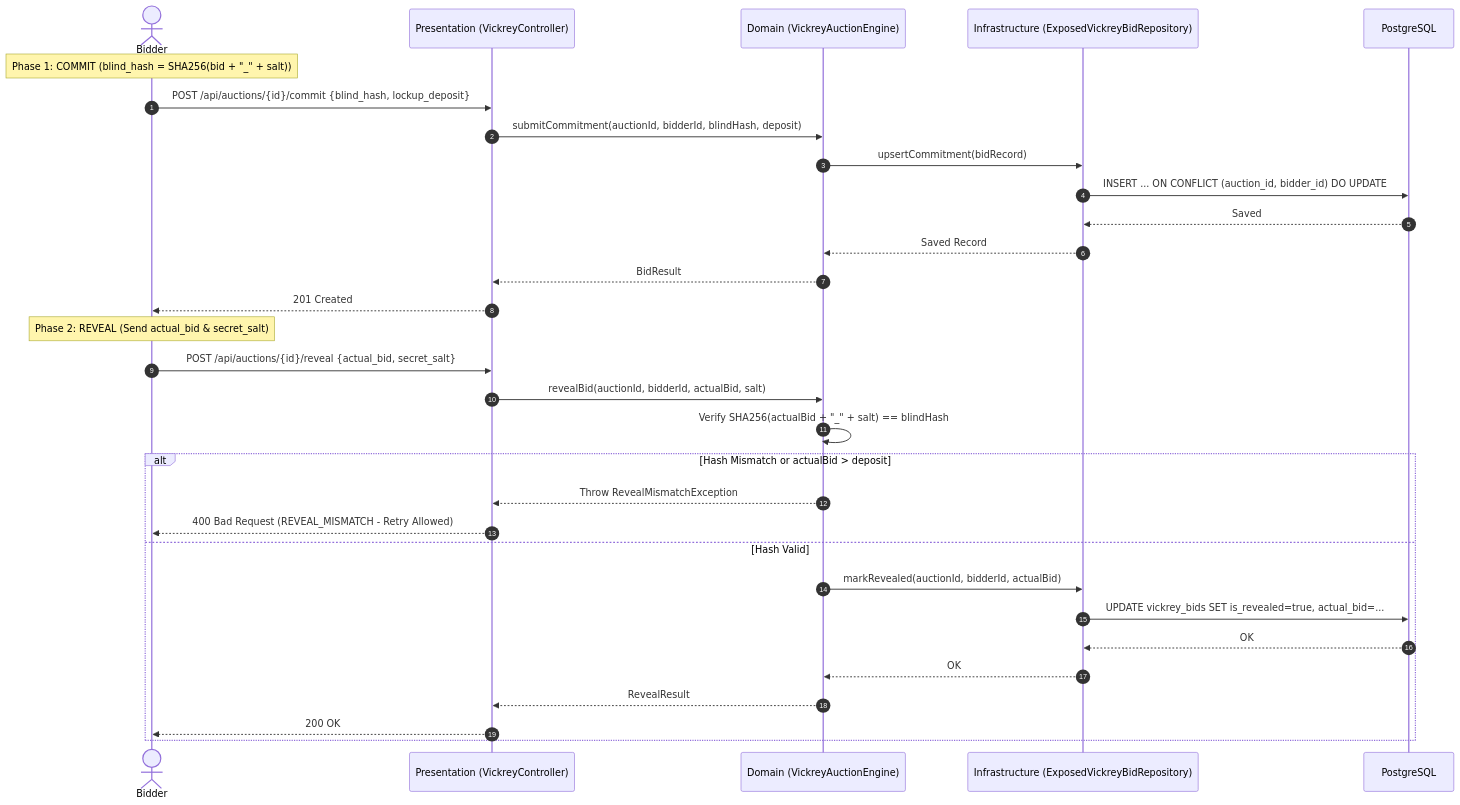
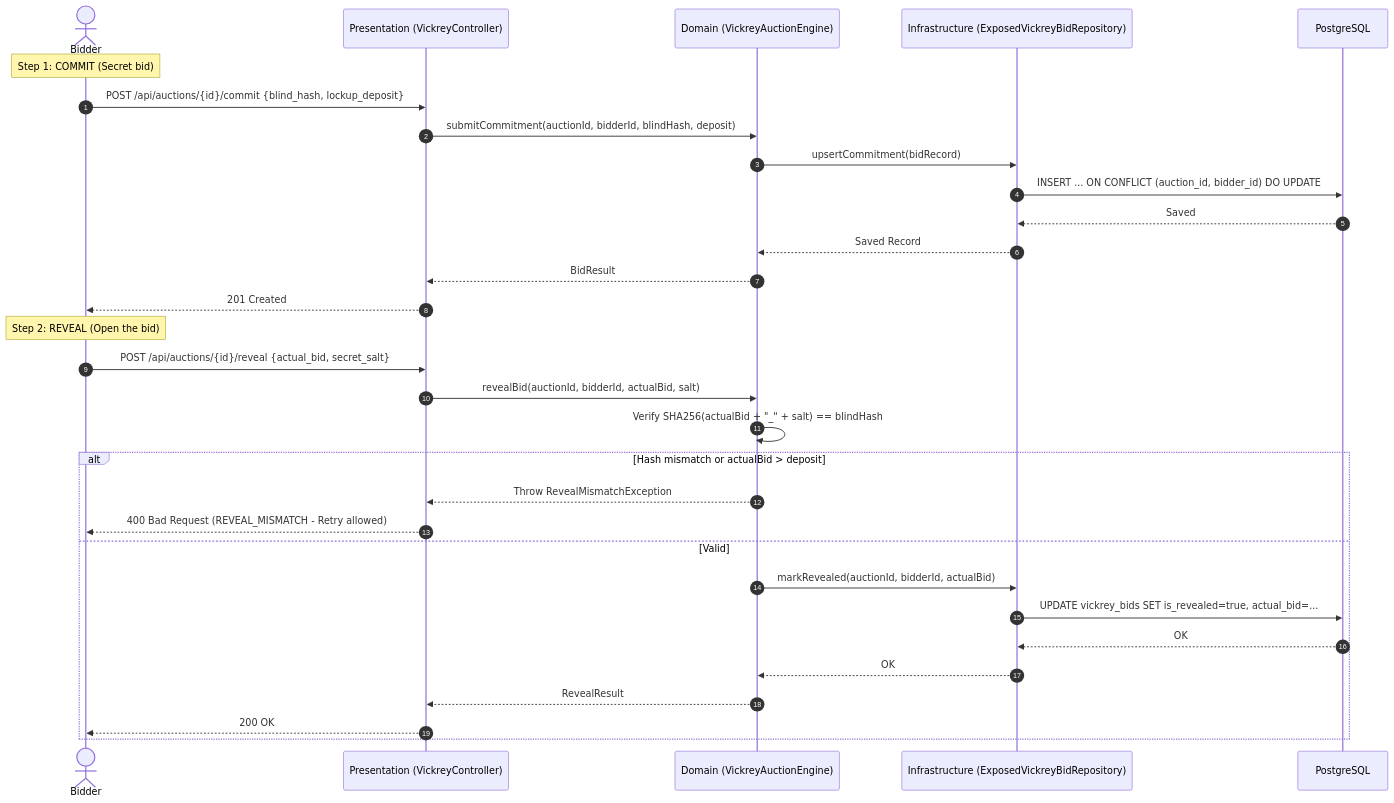
The first of 2 diagrams in docs/ARCHITECTURE.md (MihnixArch0n/Kronyka), drawn with Mermaid before and after one commit. The commit also changed other lines of this file and 13 other files, not shown here.

````diff
--- a/docs/ARCHITECTURE.md
+++ b/docs/ARCHITECTURE.md
@@ -48,35 +36,35 @@
 ```mermaid
 sequenceDiagram
     autonumber
     actor Bidder
     participant Controller as Presentation (VickreyController)
     participant Engine as Domain (VickreyAuctionEngine)
     participant Repo as Infrastructure (ExposedVickreyBidRepository)
     participant DB as PostgreSQL
 
-    Note over Bidder: Phase 1: COMMIT (blind_hash = SHA256(bid + "_" + salt))
+    Note over Bidder: Step 1: COMMIT (Secret bid)
     Bidder->>Controller: POST /api/auctions/{id}/commit {blind_hash, lockup_deposit}
     Controller->>Engine: submitCommitment(auctionId, bidderId, blindHash, deposit)
     Engine->>Repo: upsertCommitment(bidRecord)
     Repo->>DB: INSERT ... ON CONFLICT (auction_id, bidder_id) DO UPDATE
     DB-->>Repo: Saved
     Repo-->>Engine: Saved Record
     Engine-->>Controller: BidResult
     Controller-->>Bidder: 201 Created
 
-    Note over Bidder: Phase 2: REVEAL (Send actual_bid & secret_salt)
+    Note over Bidder: Step 2: REVEAL (Open the bid)
     Bidder->>Controller: POST /api/auctions/{id}/reveal {actual_bid, secret_salt}
     Controller->>Engine: revealBid(auctionId, bidderId, actualBid, salt)
     Engine->>Engine: Verify SHA256(actualBid + "_" + salt) == blindHash
-    alt Hash Mismatch or actualBid > deposit
+    alt Hash mismatch or actualBid > deposit
         Engine-->>Controller: Throw RevealMismatchException
-        Controller-->>Bidder: 400 Bad Request (REVEAL_MISMATCH - Retry Allowed)
-    else Hash Valid
+        Controller-->>Bidder: 400 Bad Request (REVEAL_MISMATCH - Retry allowed)
+    else Valid
         Engine->>Repo: markRevealed(auctionId, bidderId, actualBid)
         Repo->>DB: UPDATE vickrey_bids SET is_revealed=true, actual_bid=...
         DB-->>Repo: OK
         Repo-->>Engine: OK
         Engine-->>Controller: RevealResult
         Controller-->>Bidder: 200 OK
     end
 ```
````
